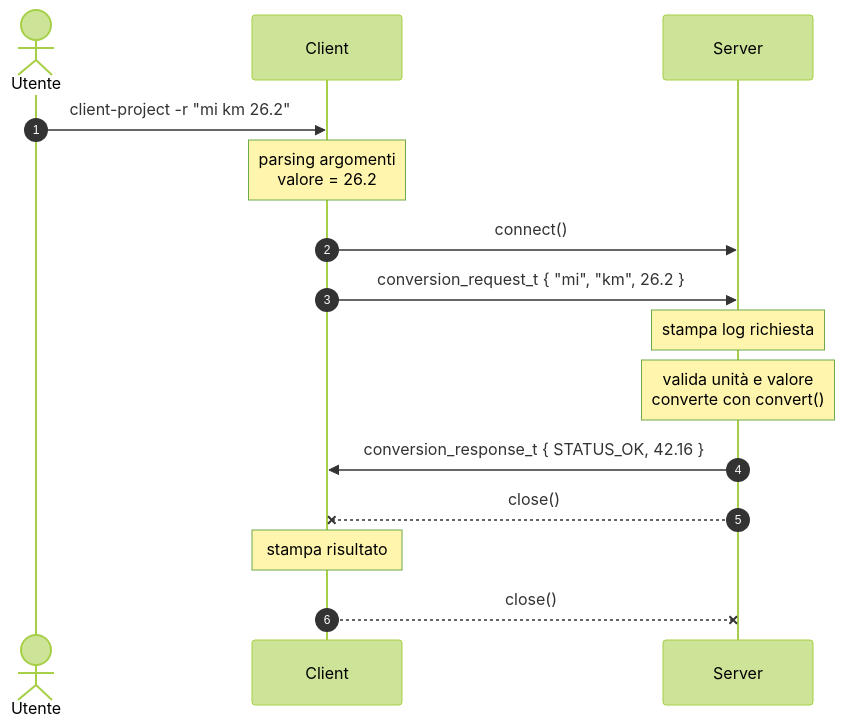
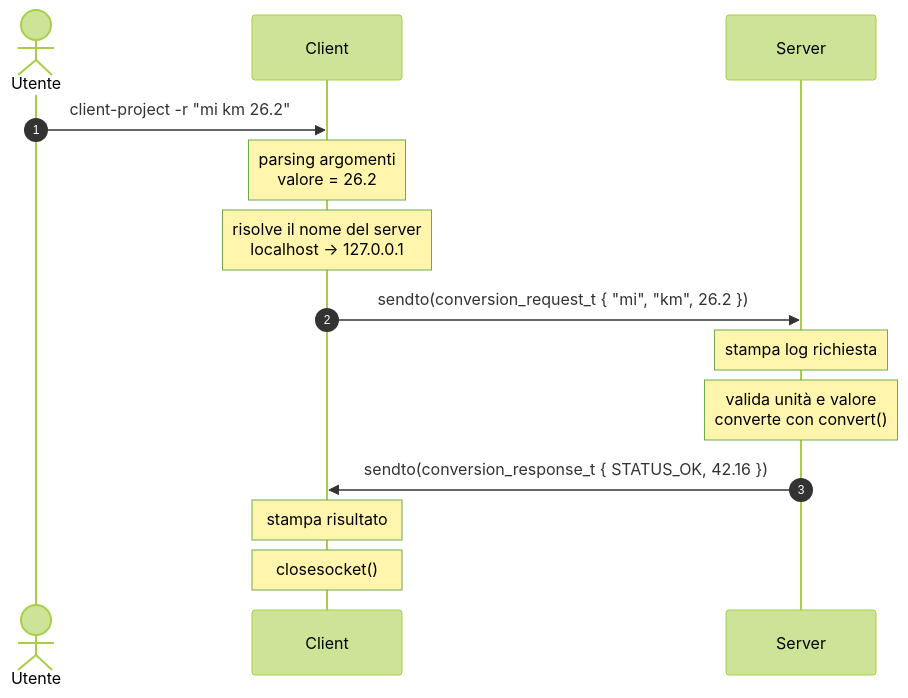
The diagram in Assegnazione.md (collab-uniba/esonero_reti_udp_inf_26-27), drawn with Mermaid (forest theme) before and after one commit. The commit also changed other lines of this file and 7 other files, not shown here.

````diff
--- a/Assegnazione.md
+++ b/Assegnazione.md
@@ -23,18 +27,17 @@
 ```mermaid
 sequenceDiagram
     autonumber
     actor U as Utente
     participant C as Client
     participant S as Server
 
     U->>C: client-project -r "mi km 26.2"
     Note over C: parsing argomenti<br/>valore = 26.2
-    C->>S: connect()
-    C->>S: conversion_request_t { "mi", "km", 26.2 }
+    Note over C: risolve il nome del server<br/>localhost → 127.0.0.1
+    C->>S: sendto(conversion_request_t { "mi", "km", 26.2 })
     Note over S: stampa log richiesta
     Note over S: valida unità e valore<br/>converte con convert()
-    S->>C: conversion_response_t { STATUS_OK, 42.16 }
-    S--xC: close()
+    S->>C: sendto(conversion_response_t { STATUS_OK, 42.16 })
     Note over C: stampa risultato
-    C--xS: close()
+    Note over C: closesocket()
 ```
````
